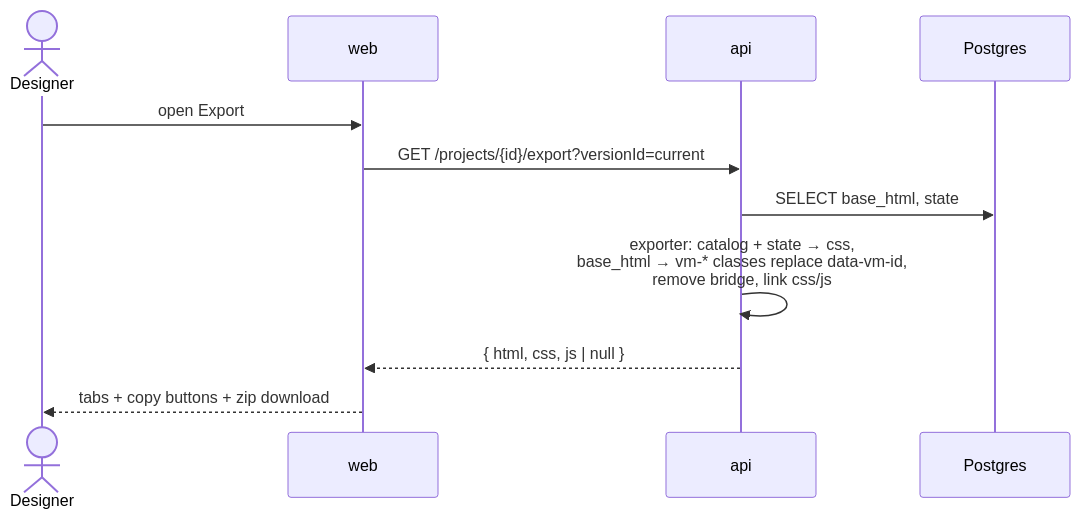
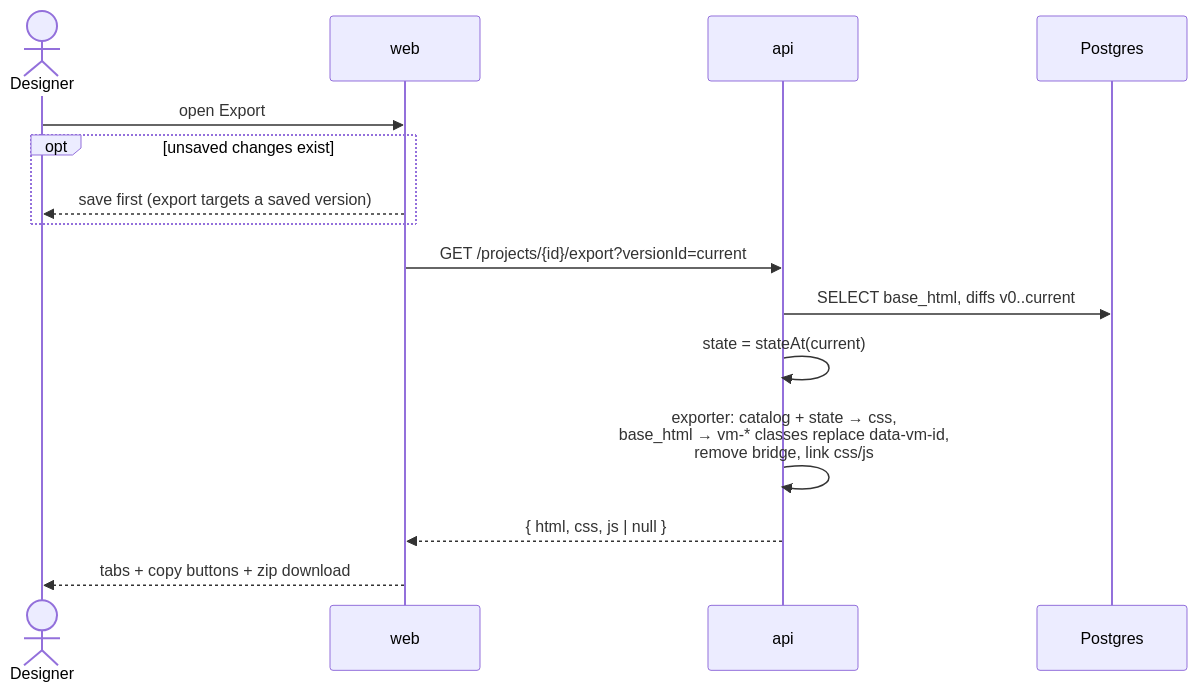
One commit to ludaxkris/vibe_motion changed the sixth of 10 diagrams in docs/architecture.md. Above: the diagram before and after it, drawn with Mermaid. The commit also changed other lines of this file and 10 other files, not shown here.

First line of the commit message:
docs: diff-based versioning on explicit Save, pr_screenshot branch, user flow

````diff
--- a/docs/architecture.md
+++ b/docs/architecture.md
@@ -140,14 +153,18 @@
 ```mermaid
 sequenceDiagram
   actor D as Designer
   participant W as web
   participant A as api
   participant P as Postgres
 
   D->>W: open Export
+  opt unsaved changes exist
+    W-->>D: save first (export targets a saved version)
+  end
   W->>A: GET /projects/{id}/export?versionId=current
-  A->>P: SELECT base_html, state
+  A->>P: SELECT base_html, diffs v0..current
+  A->>A: state = stateAt(current)
   A->>A: exporter: catalog + state → css,<br/>base_html → vm-* classes replace data-vm-id,<br/>remove bridge, link css/js
   A-->>W: { html, css, js | null }
   W-->>D: tabs + copy buttons + zip download
 ```
````
